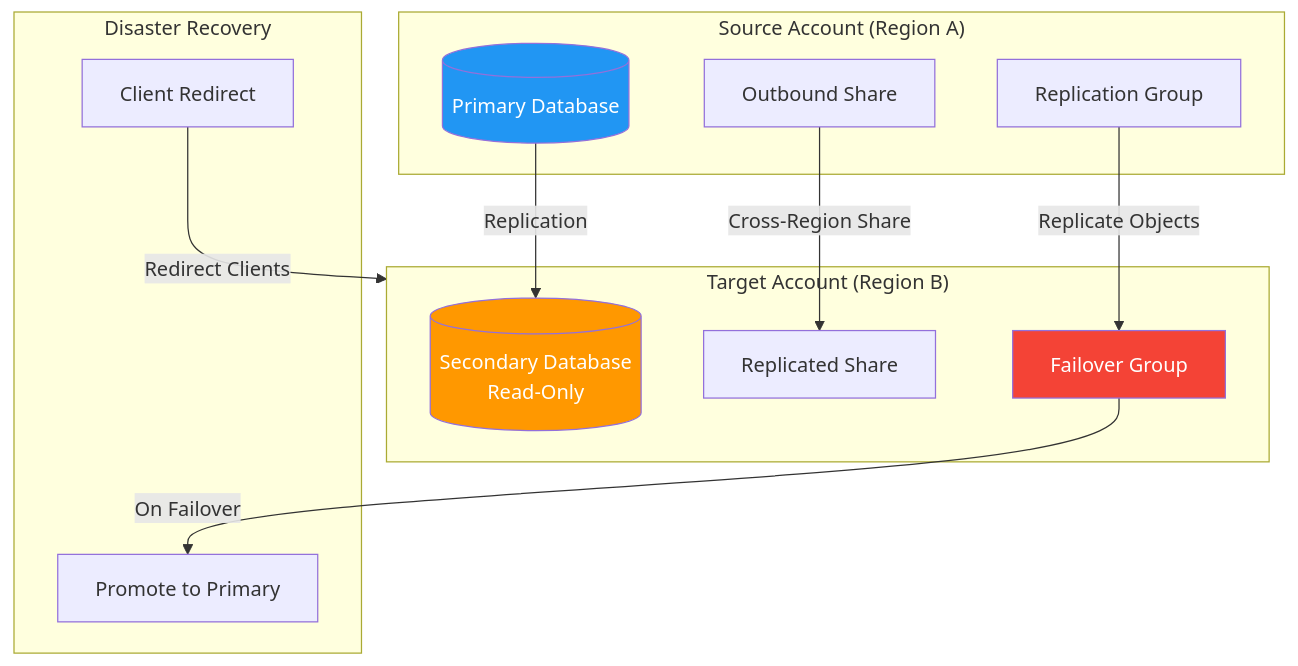
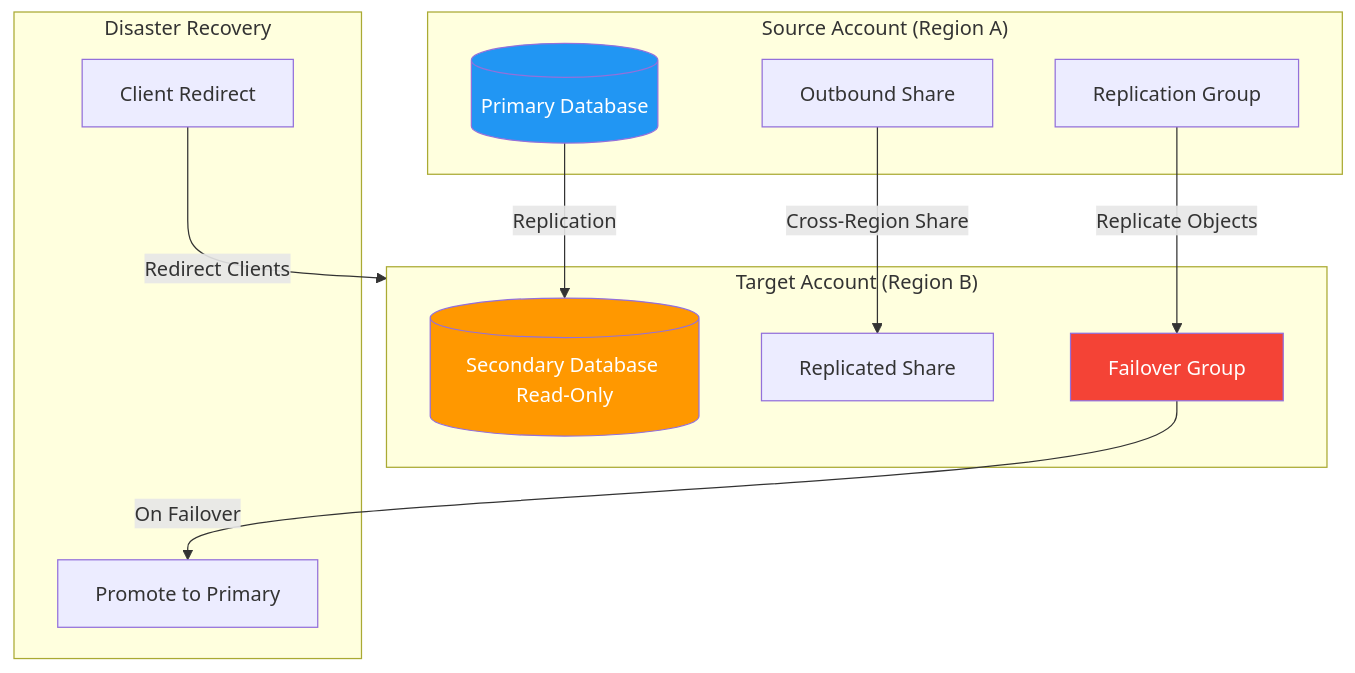
Before and after one commit to harishupadrasta/snowPro-Core: the diagram in 5_Data_Collaboration/5.3_Replication_and_Data_Collaboration.md, drawn with Mermaid. The commit also changed 16 other files, not shown here.

First line of the commit message:
Fix mermaid diagrams: replace <br/> with spaces for GitHub rendering

````diff
--- a/5_Data_Collaboration/5.3_Replication_and_Data_Collaboration.md
+++ b/5_Data_Collaboration/5.3_Replication_and_Data_Collaboration.md
@@ -21,29 +21,29 @@
 ```mermaid
 flowchart TB
     subgraph Source["Source Account (Region A)"]
         PDB[(Primary Database)]
         Share[Outbound Share]
         RG[Replication Group]
     end
 
     subgraph Target["Target Account (Region B)"]
-        SDB[(Secondary Database<br/>Read-Only)]
+        SDB[(Secondary Database Read-Only)]
         SShare[Replicated Share]
         FG[Failover Group]
     end
 
     subgraph DR["Disaster Recovery"]
         CR[Client Redirect]
         Promote[Promote to Primary]
     end
 
     PDB -->|"Replication"| SDB
     Share -->|"Cross-Region Share"| SShare
     RG -->|"Replicate Objects"| FG
     FG -->|"On Failover"| Promote
     CR -->|"Redirect Clients"| Target
 
     style PDB fill:#2196F3,color:#fff
     style SDB fill:#FF9800,color:#fff
     style FG fill:#f44336,color:#fff
 ```
````
